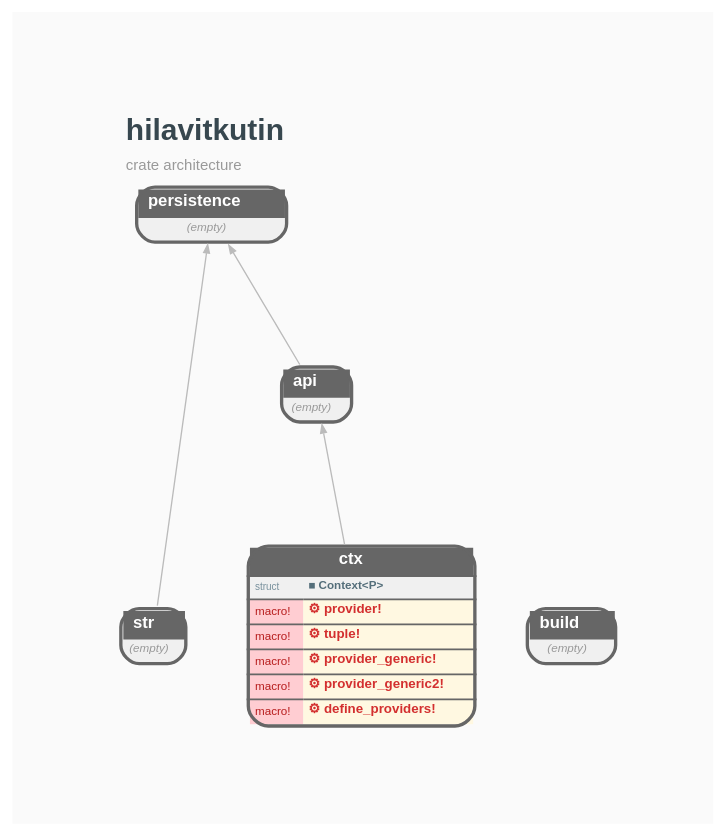
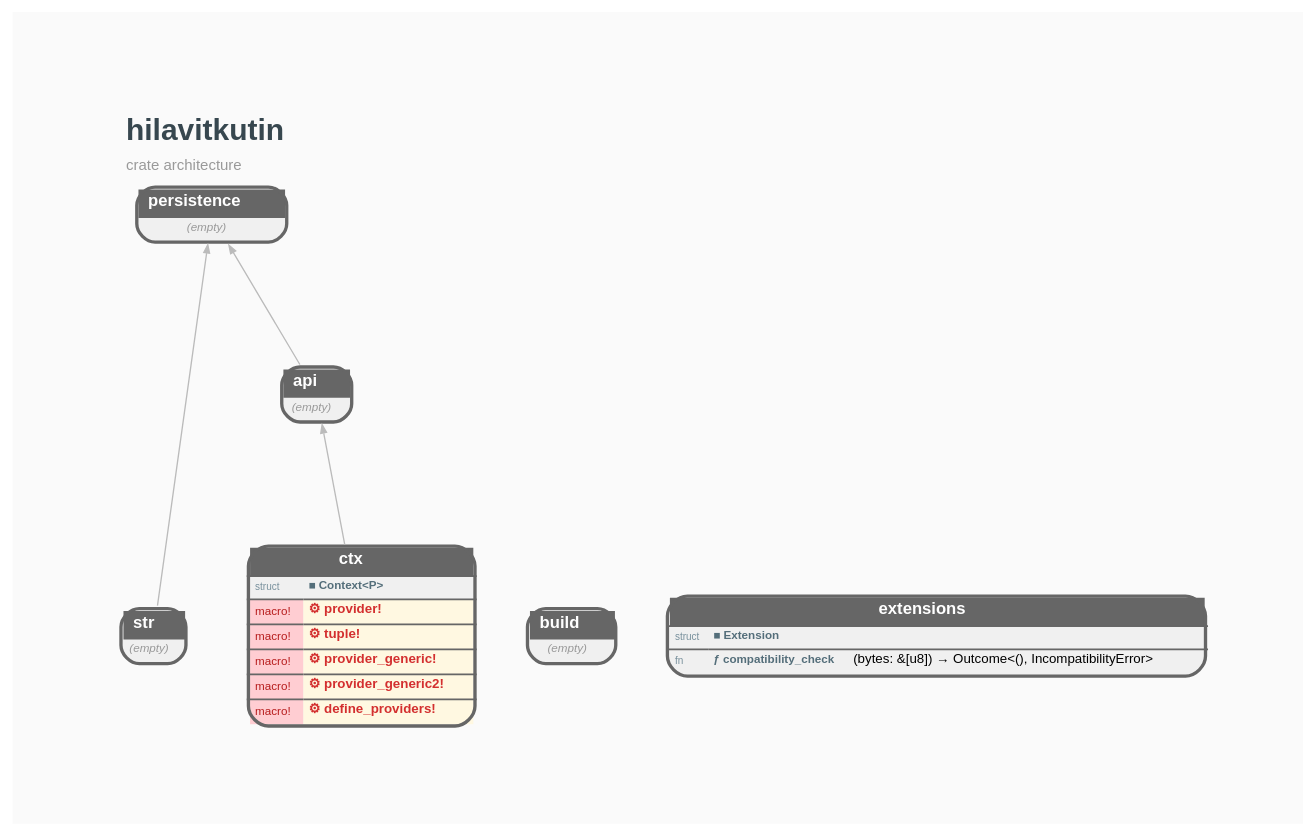
The diagram in docs/STRUCTURE.GRAPH.dot (orgrinrt/hilavitkutin), drawn with Graphviz before and after one commit. The commit also changed 16 other files, not shown here.

```diff
--- a/docs/STRUCTURE.GRAPH.dot
+++ b/docs/STRUCTURE.GRAPH.dot
@@ -1,36 +1,37 @@
 // AUTO-GENERATED — DO NOT EDIT DIRECTLY
 //
 // Generated by: mockspace (mock)
-// Generated at: 2026-04-24T05:12:10Z
+// Generated at: 2026-04-24T05:33:22Z
 // Source: mock/
 // To regenerate: cargo mock
 
 digraph hilavitkutin {
     rankdir=BT;
     newrank=true;
     bgcolor="#FAFAFA";
     graph [fontname="Helvetica", fontsize=10, pad=0.8, nodesep=0.4, ranksep=1.0];
     node [fontname="Helvetica", fontsize=8];
     edge [fontname="Helvetica", fontsize=7, color="#BBBBBB", arrowsize=0.5, penwidth=0.8];
 
     labelloc=t;
     labeljust=l;
     label=<<TABLE BORDER="0" CELLBORDER="0" CELLSPACING="0"><TR><TD ALIGN="LEFT"><FONT POINT-SIZE="18" COLOR="#37474F"><B>hilavitkutin</B></FONT></TD></TR><TR><TD ALIGN="LEFT"><FONT POINT-SIZE="9" COLOR="#999999">crate architecture</FONT></TD></TR></TABLE>>;
 
     hilavitkutin_api [shape=none, margin=0, label=<<TABLE BORDER="2" CELLBORDER="0" CELLSPACING="0" CELLPADDING="3" BGCOLOR="#F0F0F0" COLOR="#666666" STYLE="ROUNDED"><TR><TD COLSPAN="2" BGCOLOR="#666666" ALIGN="CENTER"><FONT COLOR="white" POINT-SIZE="10"><B>  api  </B></FONT></TD></TR><TR><TD COLSPAN="2"><FONT COLOR="#999999" POINT-SIZE="7"><I>(empty)</I></FONT></TD></TR></TABLE>>];
     hilavitkutin_build [shape=none, margin=0, label=<<TABLE BORDER="2" CELLBORDER="0" CELLSPACING="0" CELLPADDING="3" BGCOLOR="#F0F0F0" COLOR="#666666" STYLE="ROUNDED"><TR><TD COLSPAN="2" BGCOLOR="#666666" ALIGN="CENTER"><FONT COLOR="white" POINT-SIZE="10"><B>  build  </B></FONT></TD></TR><TR><TD COLSPAN="2"><FONT COLOR="#999999" POINT-SIZE="7"><I>(empty)</I></FONT></TD></TR></TABLE>>];
     hilavitkutin_ctx [shape=none, margin=0, label=<<TABLE BORDER="2" CELLBORDER="0" CELLSPACING="0" CELLPADDING="3" BGCOLOR="#F0F0F0" COLOR="#666666" STYLE="ROUNDED"><TR><TD COLSPAN="2" BGCOLOR="#666666" ALIGN="CENTER"><FONT COLOR="white" POINT-SIZE="10"><B>  ctx  </B></FONT></TD></TR><HR/><TR><TD ALIGN="LEFT"><FONT COLOR="#78909C" POINT-SIZE="6">struct</FONT></TD><TD ALIGN="LEFT" PORT="p_Context"><FONT COLOR="#546E7A" POINT-SIZE="7"><B>■ Context&lt;P&gt;</B></FONT></TD></TR><HR/><TR><TD ALIGN="LEFT" BGCOLOR="#FFCDD2"><FONT COLOR="#B71C1C" POINT-SIZE="7">macro!</FONT></TD><TD ALIGN="LEFT" BGCOLOR="#FFF8E1" PORT="p_provider"><FONT COLOR="#D32F2F"><B>⚙ provider!</B></FONT></TD></TR><HR/><TR><TD ALIGN="LEFT" BGCOLOR="#FFCDD2"><FONT COLOR="#B71C1C" POINT-SIZE="7">macro!</FONT></TD><TD ALIGN="LEFT" BGCOLOR="#FFF8E1" PORT="p_tuple"><FONT COLOR="#D32F2F"><B>⚙ tuple!</B></FONT></TD></TR><HR/><TR><TD ALIGN="LEFT" BGCOLOR="#FFCDD2"><FONT COLOR="#B71C1C" POINT-SIZE="7">macro!</FONT></TD><TD ALIGN="LEFT" BGCOLOR="#FFF8E1" PORT="p_provider_generic"><FONT COLOR="#D32F2F"><B>⚙ provider_generic!</B></FONT></TD></TR><HR/><TR><TD ALIGN="LEFT" BGCOLOR="#FFCDD2"><FONT COLOR="#B71C1C" POINT-SIZE="7">macro!</FONT></TD><TD ALIGN="LEFT" BGCOLOR="#FFF8E1" PORT="p_provider_generic2"><FONT COLOR="#D32F2F"><B>⚙ provider_generic2!</B></FONT></TD></TR><HR/><TR><TD ALIGN="LEFT" BGCOLOR="#FFCDD2"><FONT COLOR="#B71C1C" POINT-SIZE="7">macro!</FONT></TD><TD ALIGN="LEFT" BGCOLOR="#FFF8E1" PORT="p_define_providers"><FONT COLOR="#D32F2F"><B>⚙ define_providers!</B></FONT></TD></TR></TABLE>>];
+    hilavitkutin_extensions [shape=none, margin=0, label=<<TABLE BORDER="2" CELLBORDER="0" CELLSPACING="0" CELLPADDING="3" BGCOLOR="#F0F0F0" COLOR="#666666" STYLE="ROUNDED"><TR><TD COLSPAN="2" BGCOLOR="#666666" ALIGN="CENTER"><FONT COLOR="white" POINT-SIZE="10"><B>  extensions  </B></FONT></TD></TR><HR/><TR><TD ALIGN="LEFT"><FONT COLOR="#78909C" POINT-SIZE="6">struct</FONT></TD><TD ALIGN="LEFT" PORT="p_Extension"><FONT COLOR="#546E7A" POINT-SIZE="7"><B>■ Extension</B></FONT></TD></TR><HR/><TR><TD ALIGN="LEFT"><FONT COLOR="#78909C" POINT-SIZE="6">fn</FONT></TD><TD ALIGN="LEFT" PORT="p_compatibility_check"><FONT COLOR="#546E7A" POINT-SIZE="7"><B>ƒ compatibility_check</B></FONT>(bytes: &amp;[u8]) → Outcome&lt;(), IncompatibilityError&gt;</TD></TR></TABLE>>];
     hilavitkutin_persistence [shape=none, margin=0, label=<<TABLE BORDER="2" CELLBORDER="0" CELLSPACING="0" CELLPADDING="3" BGCOLOR="#F0F0F0" COLOR="#666666" STYLE="ROUNDED"><TR><TD COLSPAN="2" BGCOLOR="#666666" ALIGN="CENTER"><FONT COLOR="white" POINT-SIZE="10"><B>  persistence  </B></FONT></TD></TR><TR><TD COLSPAN="2"><FONT COLOR="#999999" POINT-SIZE="7"><I>(empty)</I></FONT></TD></TR></TABLE>>];
     hilavitkutin_str [shape=none, margin=0, label=<<TABLE BORDER="2" CELLBORDER="0" CELLSPACING="0" CELLPADDING="3" BGCOLOR="#F0F0F0" COLOR="#666666" STYLE="ROUNDED"><TR><TD COLSPAN="2" BGCOLOR="#666666" ALIGN="CENTER"><FONT COLOR="white" POINT-SIZE="10"><B>  str  </B></FONT></TD></TR><TR><TD COLSPAN="2"><FONT COLOR="#999999" POINT-SIZE="7"><I>(empty)</I></FONT></TD></TR></TABLE>>];
 
-    { rank=same; hilavitkutin_build; hilavitkutin_ctx; hilavitkutin_str; } // depth 0
+    { rank=same; hilavitkutin_build; hilavitkutin_ctx; hilavitkutin_extensions; hilavitkutin_str; } // depth 0
     { rank=same; hilavitkutin_api; } // depth 1
     { rank=same; hilavitkutin_persistence; } // depth 2
 
 
     // Dependency edges (transitively reduced)
     hilavitkutin_ctx -> hilavitkutin_api;
     hilavitkutin_str -> hilavitkutin_persistence;
     hilavitkutin_api -> hilavitkutin_persistence;
 
 }
```
